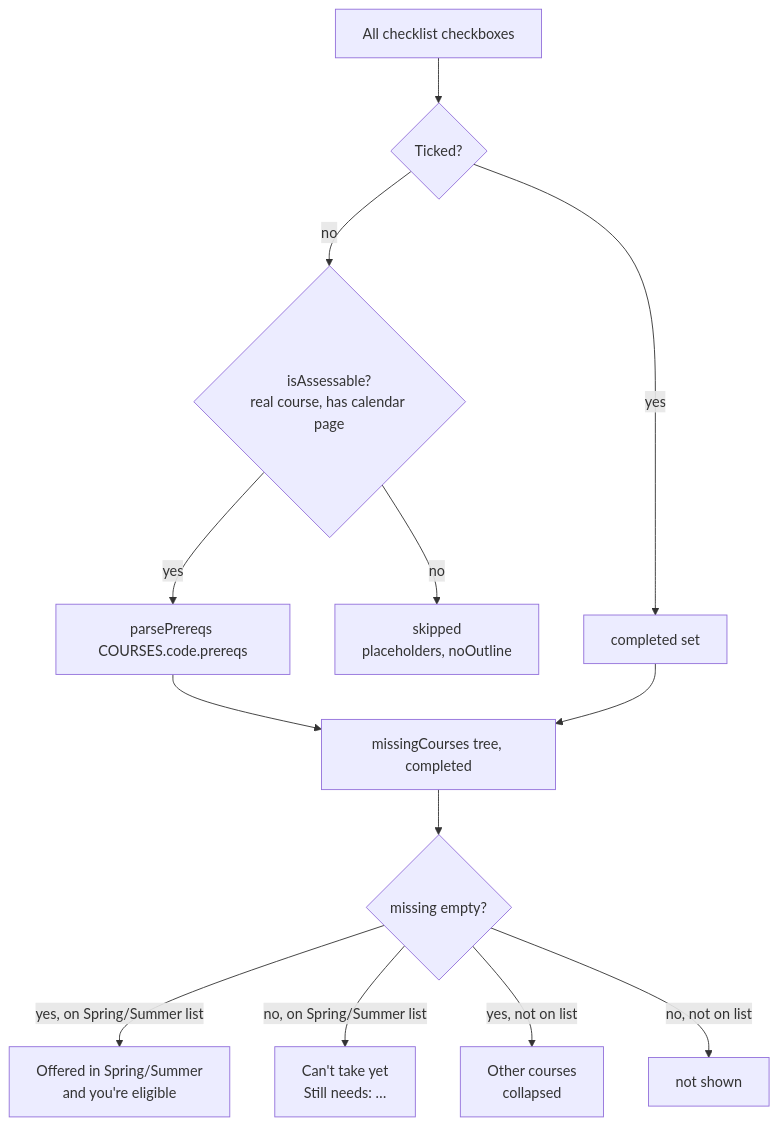
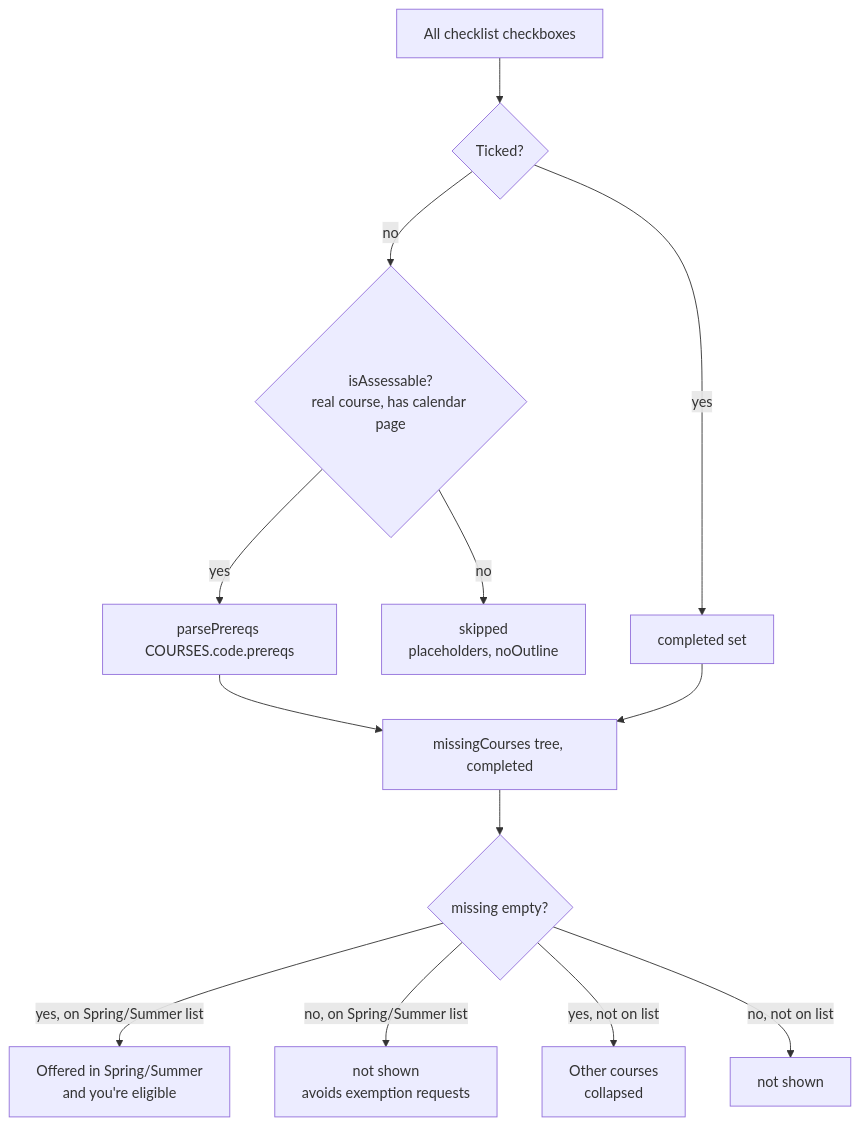
Before and after one commit to fyeoapp/2026-Course-Planning-Calculator---STAFF-BETA: the fifth of 5 diagrams in docs/architecture.md, drawn with Mermaid. The commit also changed other lines of this file and 8 other files, not shown here.

````diff
--- a/docs/architecture.md
+++ b/docs/architecture.md
@@ -200,15 +200,15 @@
 ```mermaid
 flowchart TD
     A[All checklist checkboxes] --> B{Ticked?}
     B -- yes --> CS[completed set]
     B -- no --> D{isAssessable?<br/>real course, has calendar page}
     D -- no --> X[skipped<br/>placeholders, noOutline]
     D -- yes --> E[parsePrereqs COURSES.code.prereqs]
     E --> F[missingCourses tree, completed]
     CS --> F
     F --> G{missing empty?}
     G -- yes, on Spring/Summer list --> R1[Offered in Spring/Summer<br/>and you're eligible]
-    G -- no, on Spring/Summer list --> R2[Can't take yet<br/>Still needs: …]
+    G -- no, on Spring/Summer list --> X3[not shown<br/>avoids exemption requests]
     G -- yes, not on list --> R3[Other courses<br/>collapsed]
     G -- no, not on list --> X2[not shown]
 ```
````
